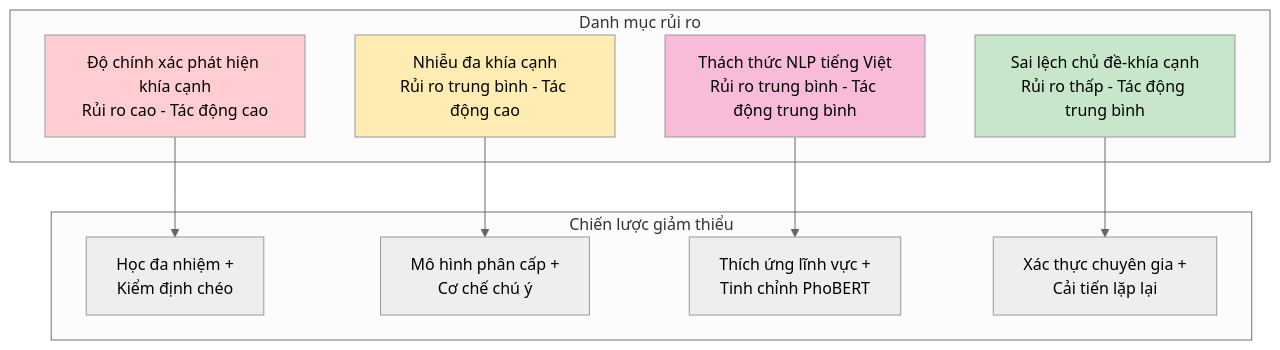
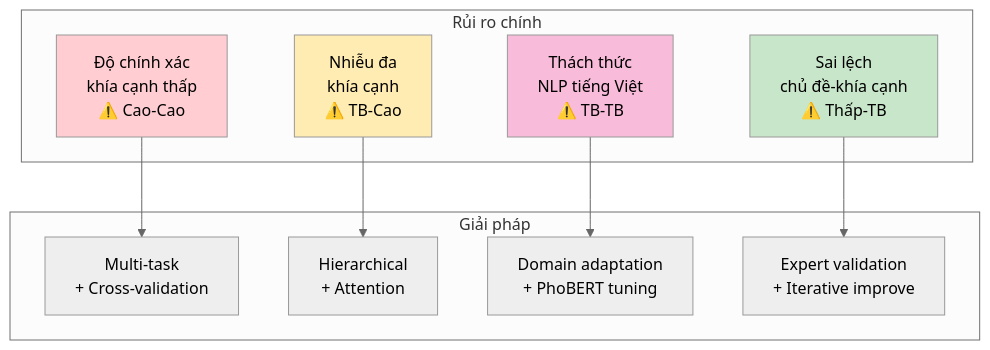
One commit to UIT-June-2025-Nhom-8/Project_AI_Thinking changed the seventh of 10 diagrams in docs/Phan_Tich_Tong_Quat/PhanTichBaiToan_AIThinking_ChuanHoa.MD. Above: the diagram before and after it, drawn with Mermaid (neutral theme). The commit also changed other lines of this file and 1 other file, not shown here.

Commit message:
update chart

````diff
--- a/docs/Phan_Tich_Tong_Quat/PhanTichBaiToan_AIThinking_ChuanHoa.MD
+++ b/docs/Phan_Tich_Tong_Quat/PhanTichBaiToan_AIThinking_ChuanHoa.MD
@@ -280,26 +357,26 @@
 ```mermaid
 graph TB
-    subgraph "Danh mục rủi ro"
-        A["Độ chính xác phát hiện khía cạnh<br/>Rủi ro cao - Tác động cao"]
-        B["Nhiễu đa khía cạnh<br/>Rủi ro trung bình - Tác động cao"]
-        C["Thách thức NLP tiếng Việt<br/>Rủi ro trung bình - Tác động trung bình"]
-        D["Sai lệch chủ đề-khía cạnh<br/>Rủi ro thấp - Tác động trung bình"]
+    subgraph "Rủi ro chính"
+        A[Độ chính xác<br/>khía cạnh thấp<br/>⚠️ Cao-Cao]
+        B[Nhiễu đa<br/>khía cạnh<br/>⚠️ TB-Cao]
+        C[Thách thức<br/>NLP tiếng Việt<br/>⚠️ TB-TB]
+        D[Sai lệch<br/>chủ đề-khía cạnh<br/>⚠️ Thấp-TB]
     end
     
-    subgraph "Chiến lược giảm thiểu"
-        E["Học đa nhiệm +<br/>Kiểm định chéo"]
-        F["Mô hình phân cấp +<br/>Cơ chế chú ý"]
-        G["Thích ứng lĩnh vực +<br/>Tinh chỉnh PhoBERT"]
-        H["Xác thực chuyên gia +<br/>Cải tiến lặp lại"]
+    subgraph "Giải pháp"
+        E[Multi-task<br/>+ Cross-validation]
+        F[Hierarchical<br/>+ Attention]
+        G[Domain adaptation<br/>+ PhoBERT tuning]
+        H[Expert validation<br/>+ Iterative improve]
     end
     
     A --> E
     B --> F
     C --> G
     D --> H
     
     style A fill:#ffcdd2
     style B fill:#ffecb3
     style C fill:#f8bbd9
     style D fill:#c8e6c9
 ```
````
